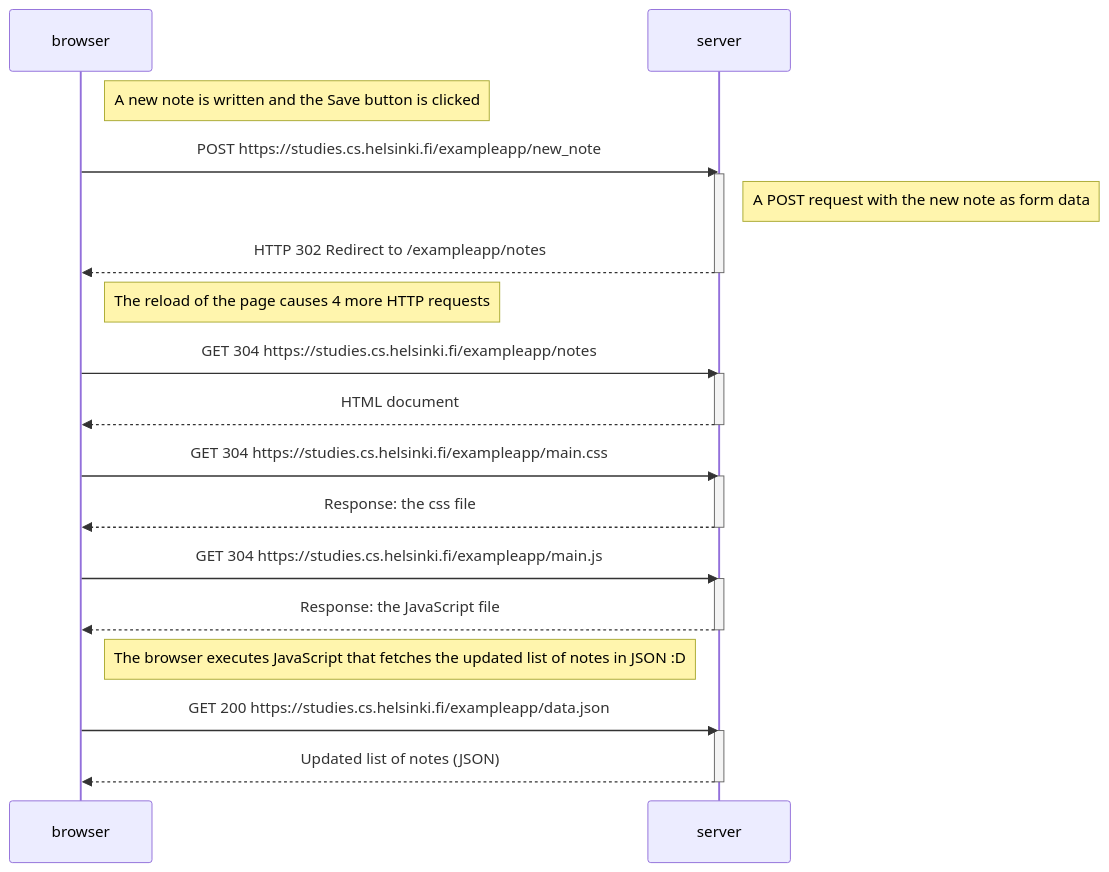
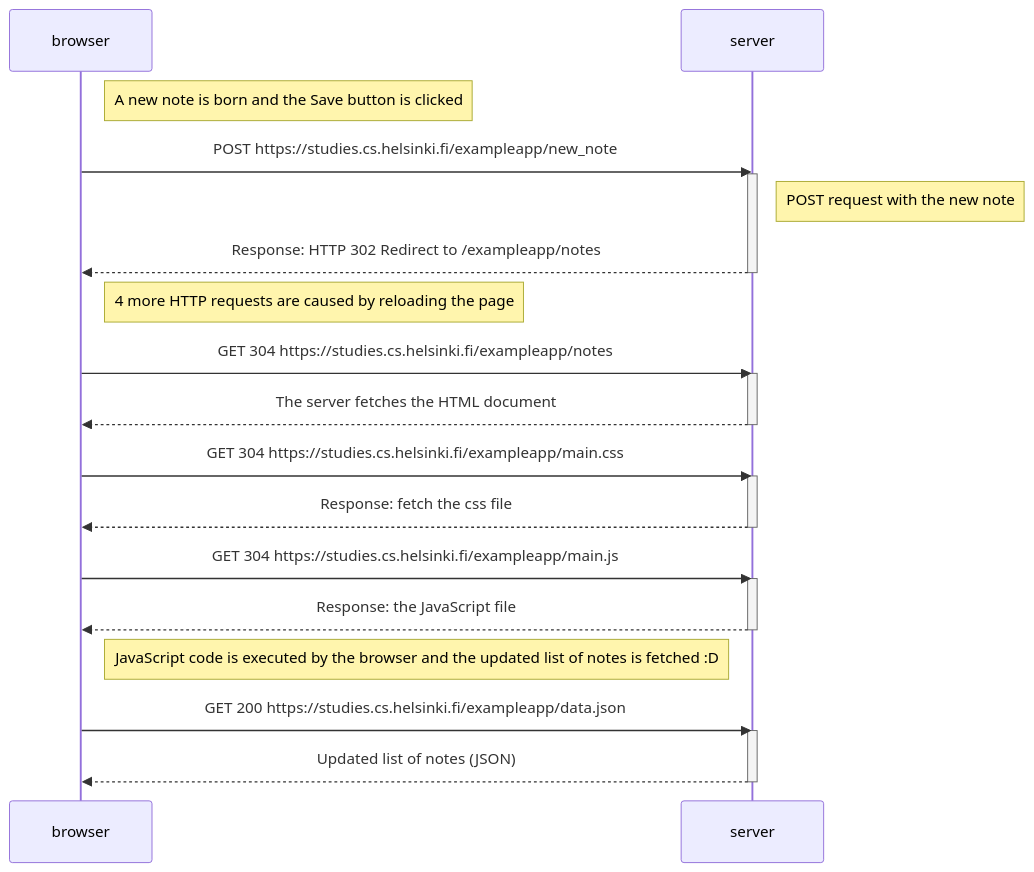
Before and after one commit to cristichitz/Full-Stack-Open: the diagram in part0/0.4:New.Note.Diagram.md, drawn with Mermaid.

````diff
--- a/part0/0.4:New.Note.Diagram.md
+++ b/part0/0.4:New.Note.Diagram.md
@@ -1,38 +1,38 @@
 ```mermaid
 sequenceDiagram
     participant browser
     participant server
 
-    Note right of browser: A new note is written and the Save button is clicked
+    Note right of browser: A new note is born and the Save button is clicked
 
     browser->>server: POST https://studies.cs.helsinki.fi/exampleapp/new_note
         activate server
-        Note right of server: A POST request with the new note as form data
-        server-->>browser: HTTP 302 Redirect to /exampleapp/notes
+        Note right of server: POST request with the new note
+        server-->>browser: Response: HTTP 302 Redirect to /exampleapp/notes
         deactivate server
 
-    Note right of browser: The reload of the page causes 4 more HTTP requests
+    Note right of browser: 4 more HTTP requests are caused by reloading the page
 
     browser->>server: GET 304 https://studies.cs.helsinki.fi/exampleapp/notes
         activate server
-        server-->>browser: HTML document
+        server-->>browser: The server fetches the HTML document
         deactivate server
 
     browser->>server: GET 304 https://studies.cs.helsinki.fi/exampleapp/main.css
         activate server
-        server-->>browser: Response: the css file
+        server-->>browser: Response: fetch the css file
         deactivate server
 
     browser->>server: GET 304 https://studies.cs.helsinki.fi/exampleapp/main.js
         activate server
         server-->>browser: Response: the JavaScript file
         deactivate server
 
-    Note right of browser: The browser executes JavaScript that fetches the updated list of notes in JSON :D
+    Note right of browser: JavaScript code is executed by the browser and the updated list of notes is fetched :D
 
     browser->>server: GET 200 https://studies.cs.helsinki.fi/exampleapp/data.json
         activate server
         server-->>browser: Updated list of notes (JSON)
         deactivate server
 
 ```
````
